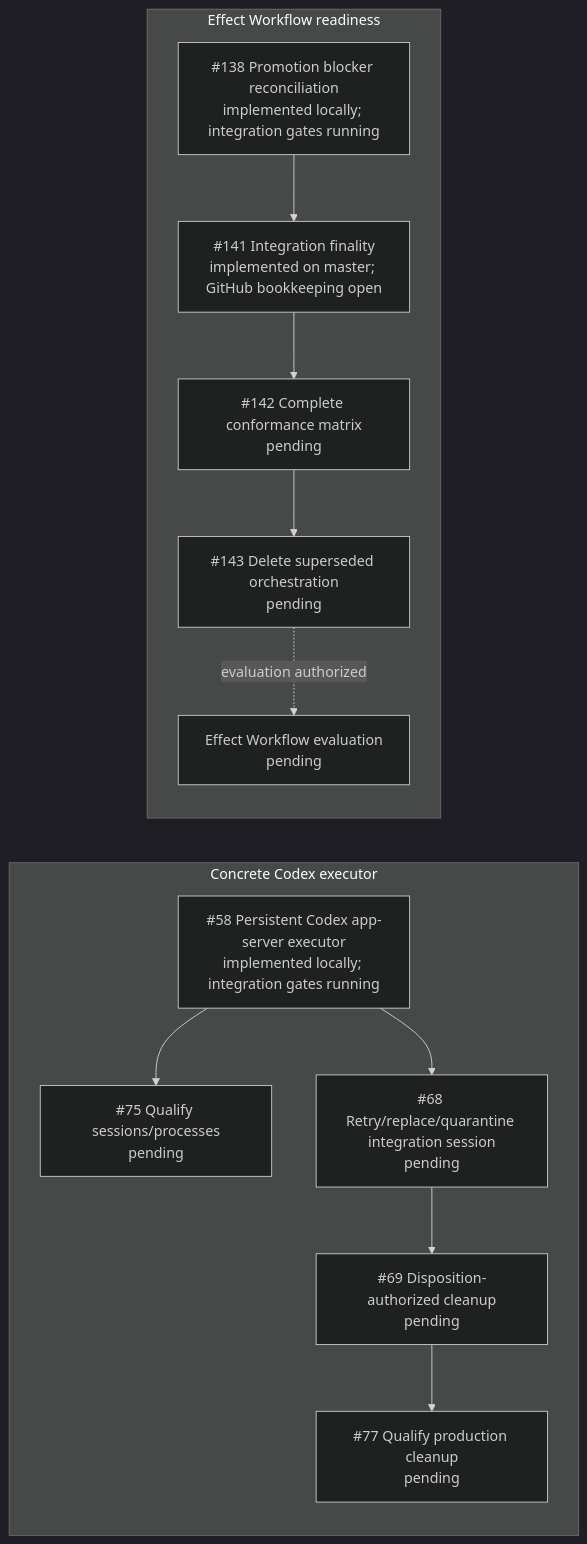
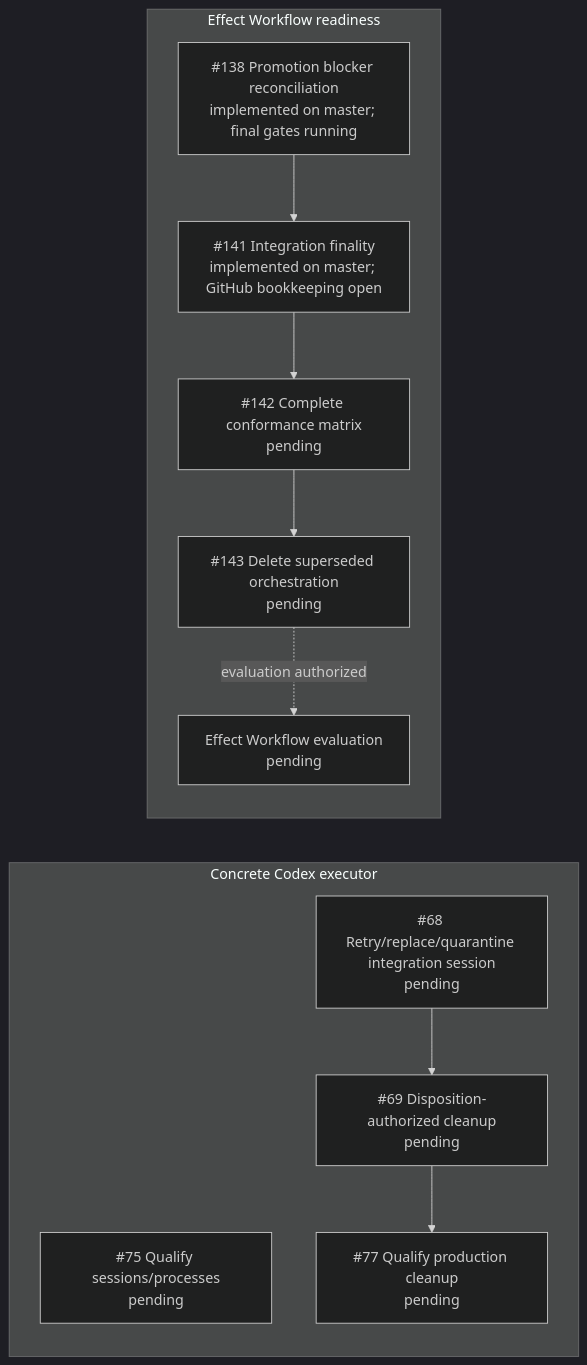
One commit to dearlordylord/dalph changed the diagram in research/effect-workflow-prerequisite-subgraph.md. Above: the diagram before and after it, drawn with Mermaid (dark theme). The commit also changed other lines of this file and 1 other file, not shown here.

````diff
--- a/research/effect-workflow-prerequisite-subgraph.md
+++ b/research/effect-workflow-prerequisite-subgraph.md
@@ -1,28 +1,25 @@
 ```mermaid
 flowchart LR
   subgraph concrete["Concrete Codex executor"]
-    i58["#58 Persistent Codex app-server executor<br/>implemented locally; integration gates running"]
     i75["#75 Qualify sessions/processes<br/>pending"]
     i68["#68 Retry/replace/quarantine integration session<br/>pending"]
     i69["#69 Disposition-authorized cleanup<br/>pending"]
     i77["#77 Qualify production cleanup<br/>pending"]
   end
 
   subgraph workflow["Effect Workflow readiness"]
-    i138["#138 Promotion blocker reconciliation<br/>implemented locally; integration gates running"]
+    i138["#138 Promotion blocker reconciliation<br/>implemented on master; final gates running"]
     i141["#141 Integration finality<br/>implemented on master; GitHub bookkeeping open"]
     i142["#142 Complete conformance matrix<br/>pending"]
     i143["#143 Delete superseded orchestration<br/>pending"]
     effectWorkflow["Effect Workflow evaluation<br/>pending"]
   end
 
-  i58 --> i75
-  i58 --> i68
   i68 --> i69
   i69 --> i77
 
   i138 --> i141
   i141 --> i142
   i142 --> i143
   i143 -. evaluation authorized .-> effectWorkflow
 ```
````
